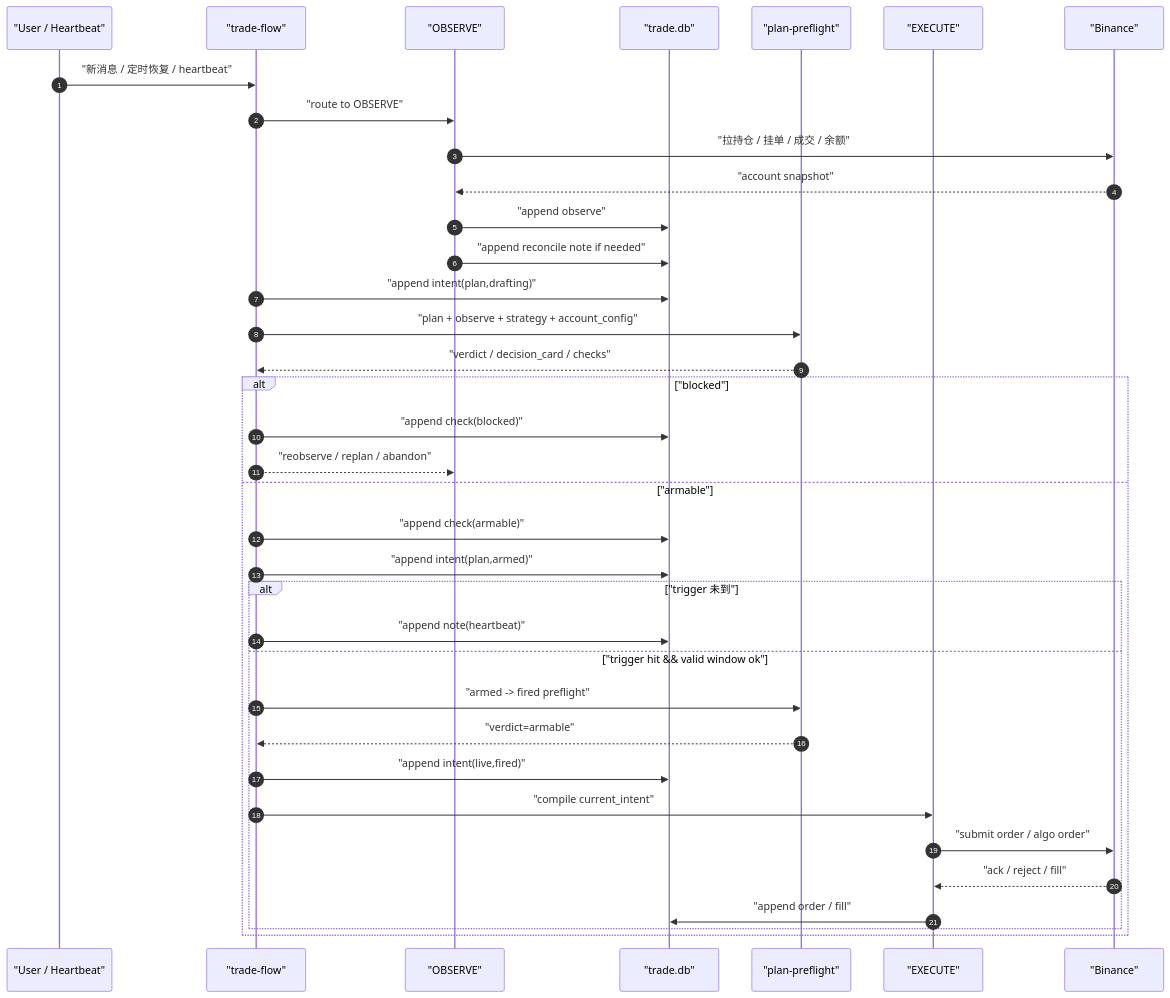
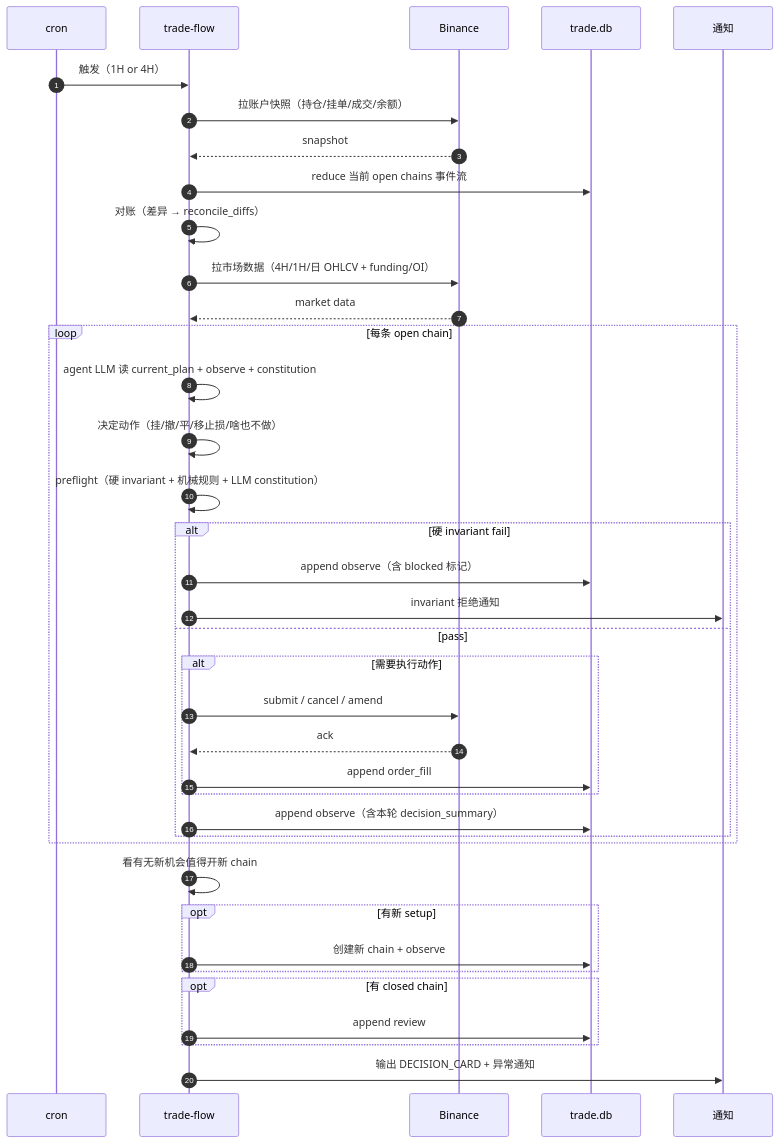
One commit to qOeOp/trade changed the second of 2 diagrams in docs/design-architecture.md. Above: the diagram before and after it, drawn with Mermaid. The commit also changed other lines of this file and 30 other files, not shown here.

````diff
--- a/docs/design-architecture.md
+++ b/docs/design-architecture.md
@@ -274,42 +332,45 @@
 ```mermaid
 sequenceDiagram
     autonumber
-    participant U as "User / Heartbeat"
-    participant TF as "trade-flow"
-    participant OBS as "OBSERVE"
-    participant DB as "trade.db"
-    participant PRE as "plan-preflight"
-    participant EXE as "EXECUTE"
-    participant BN as "Binance"
+    participant C as cron
+    participant TF as trade-flow
+    participant BN as Binance
+    participant DB as trade.db
+    participant N as 通知
 
-    U->>TF: "新消息 / 定时恢复 / heartbeat"
-    TF->>OBS: "route to OBSERVE"
-    OBS->>BN: "拉持仓 / 挂单 / 成交 / 余额"
-    BN-->>OBS: "account snapshot"
-    OBS->>DB: "append observe"
-    OBS->>DB: "append reconcile note if needed"
+    C->>TF: 触发（1H or 4H）
+    TF->>BN: 拉账户快照（持仓/挂单/成交/余额）
+    BN-->>TF: snapshot
+    TF->>DB: reduce 当前 open chains 事件流
+    TF->>TF: 对账（差异 → reconcile_diffs）
+    TF->>BN: 拉市场数据（4H/1H/日 OHLCV + funding/OI）
+    BN-->>TF: market data
 
-    TF->>DB: "append intent(plan,drafting)"
-    TF->>PRE: "plan + observe + strategy + account_config"
-    PRE-->>TF: "verdict / decision_card / checks"
-
-    alt "blocked"
-        TF->>DB: "append check(blocked)"
-        TF-->>OBS: "reobserve / replan / abandon"
-    else "armable"
-        TF->>DB: "append check(armable)"
-        TF->>DB: "append intent(plan,armed)"
-
-        alt "trigger 未到"
-            TF->>DB: "append note(heartbeat)"
-        else "trigger hit && valid window ok"
-            TF->>PRE: "armed -> fired preflight"
-            PRE-->>TF: "verdict=armable"
-            TF->>DB: "append intent(live,fired)"
-            TF->>EXE: "compile current_intent"
-            EXE->>BN: "submit order / algo order"
-            BN-->>EXE: "ack / reject / fill"
-            EXE->>DB: "append order / fill"
+    loop 每条 open chain
+        TF->>TF: agent LLM 读 current_plan + observe + constitution
+        TF->>TF: 决定动作（挂/撤/平/移止损/啥也不做）
+        TF->>TF: preflight（硬 invariant + 机械规则 + LLM constitution）
+        alt 硬 invariant fail
+            TF->>DB: append observe（含 blocked 标记）
+            TF->>N: invariant 拒绝通知
+        else pass
+            alt 需要执行动作
+                TF->>BN: submit / cancel / amend
+                BN-->>TF: ack
+                TF->>DB: append order_fill
+            end
+            TF->>DB: append observe（含本轮 decision_summary）
         end
     end
+
+    TF->>TF: 看有无新机会值得开新 chain
+    opt 有新 setup
+        TF->>DB: 创建新 chain + observe
+    end
+
+    opt 有 closed chain
+        TF->>DB: append review
+    end
+
+    TF->>N: 输出 DECISION_CARD + 异常通知
 ```
````
